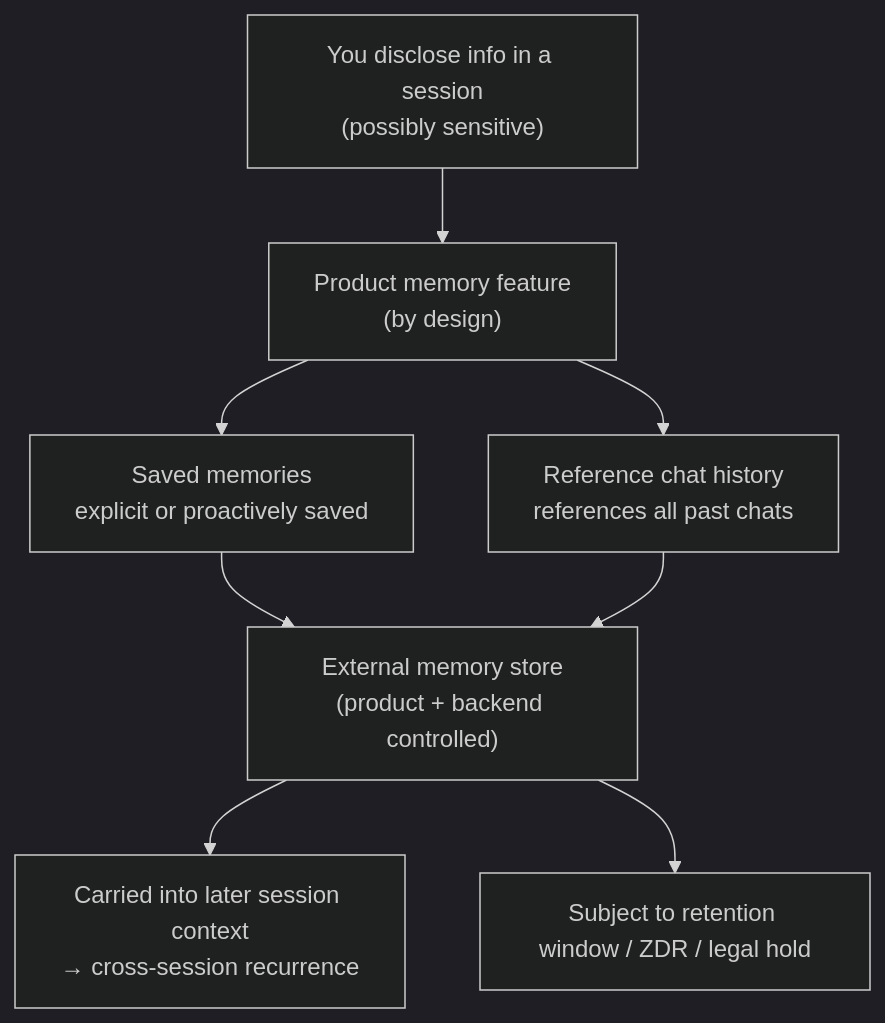
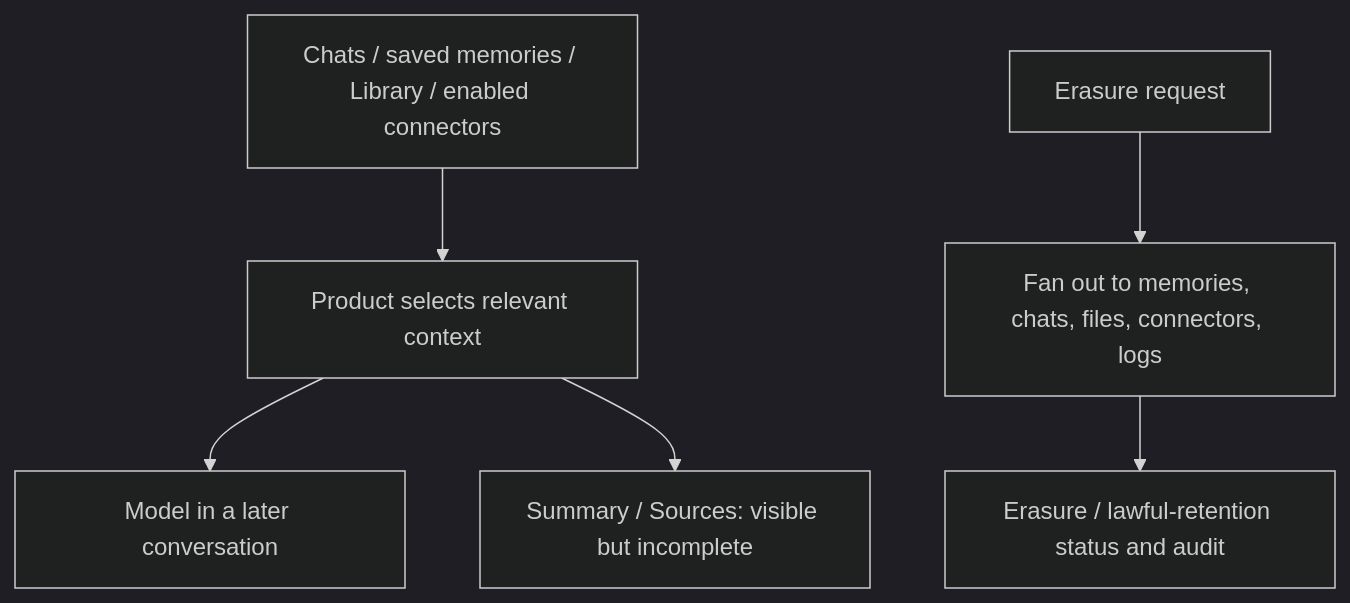
The diagram in i18n/en/docusaurus-plugin-content-docs-privacy/current/06-governance-compliance/persistent-agent-memory-privacy.mdx (XuebinMa/AIWiki), drawn with Mermaid (dark theme) before and after one commit. The commit also changed other lines of this file and 325 other files, not shown here.

````diff
--- a/i18n/en/docusaurus-plugin-content-docs-privacy/current/06-governance-compliance/persistent-agent-memory-privacy.mdx
+++ b/i18n/en/docusaurus-plugin-content-docs-privacy/current/06-governance-compliance/persistent-agent-memory-privacy.mdx
@@ -38,10 +37,8 @@
 ```mermaid
 flowchart TB
-    U["You disclose info in a session<br/>(possibly sensitive)"] --> F["Product memory feature<br/>(by design)"]
-    F --> S1["Saved memories<br/>explicit or proactively saved"]
-    F --> S2["Reference chat history<br/>references all past chats"]
-    S1 --> ST["External memory store<br/>(product + backend controlled)"]
-    S2 --> ST
-    ST --> N["Carried into later session context<br/>→ cross-session recurrence"]
-    ST --> R["Subject to retention window / ZDR / legal hold"]
+    S["Chats / saved memories / Library / enabled connectors"] --> P["Product selects relevant context"]
+    P --> M["Model in a later conversation"]
+    P --> V["Summary / Sources: visible but incomplete"]
+    D["Erasure request"] --> F["Fan out to memories, chats, files, connectors, logs"]
+    F --> A["Erasure / lawful-retention status and audit"]
 ```
````
